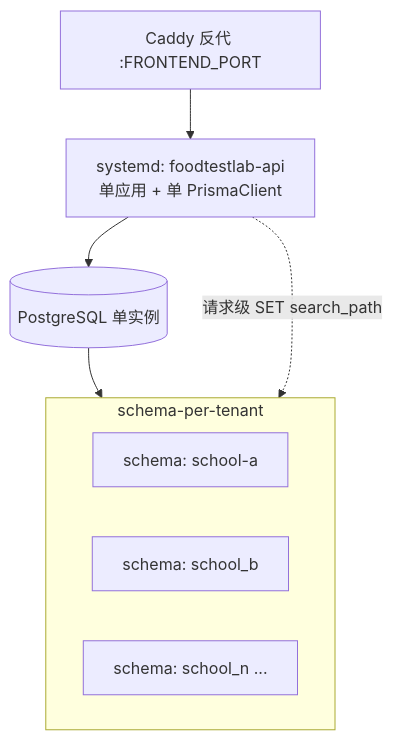
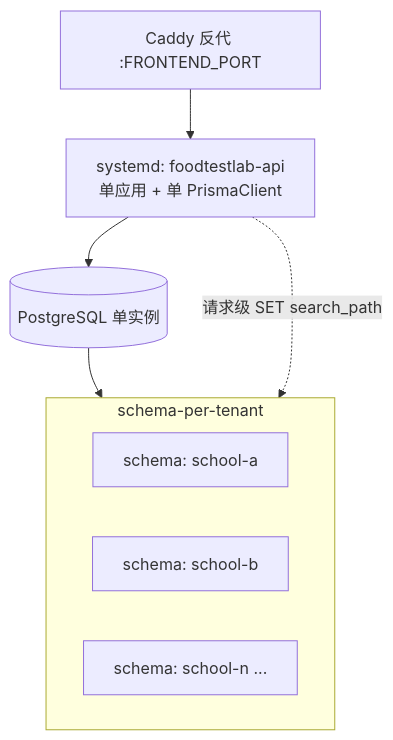
Before and after one commit to ArthurUker/Tianjiabing_foodtestlab: the third of 5 diagrams in README.md, drawn with Mermaid. The commit also changed 4 other files, not shown here.

First line of the commit message:
docs/comment: 对齐方案A命名（schoolCode 即 schema 名，去除残留 school_<code> 与下划线图例）

````diff
--- a/README.md
+++ b/README.md
@@ -112,14 +112,14 @@
 ```mermaid
 flowchart TB
     Caddy[Caddy 反代 :FRONTEND_PORT]
     API[systemd: foodtestlab-api<br/>单应用 + 单 PrismaClient]
     PG[(PostgreSQL 单实例)]
     subgraph Schemas[schema-per-tenant]
         S1[schema: school-a]
-        S2[schema: school_b]
-        Sn[schema: school_n ...]
+        S2[schema: school-b]
+        Sn[schema: school-n ...]
     end
     Caddy --> API --> PG
     PG --> Schemas
     API -.请求级 SET search_path.-> Schemas
 ```
````
